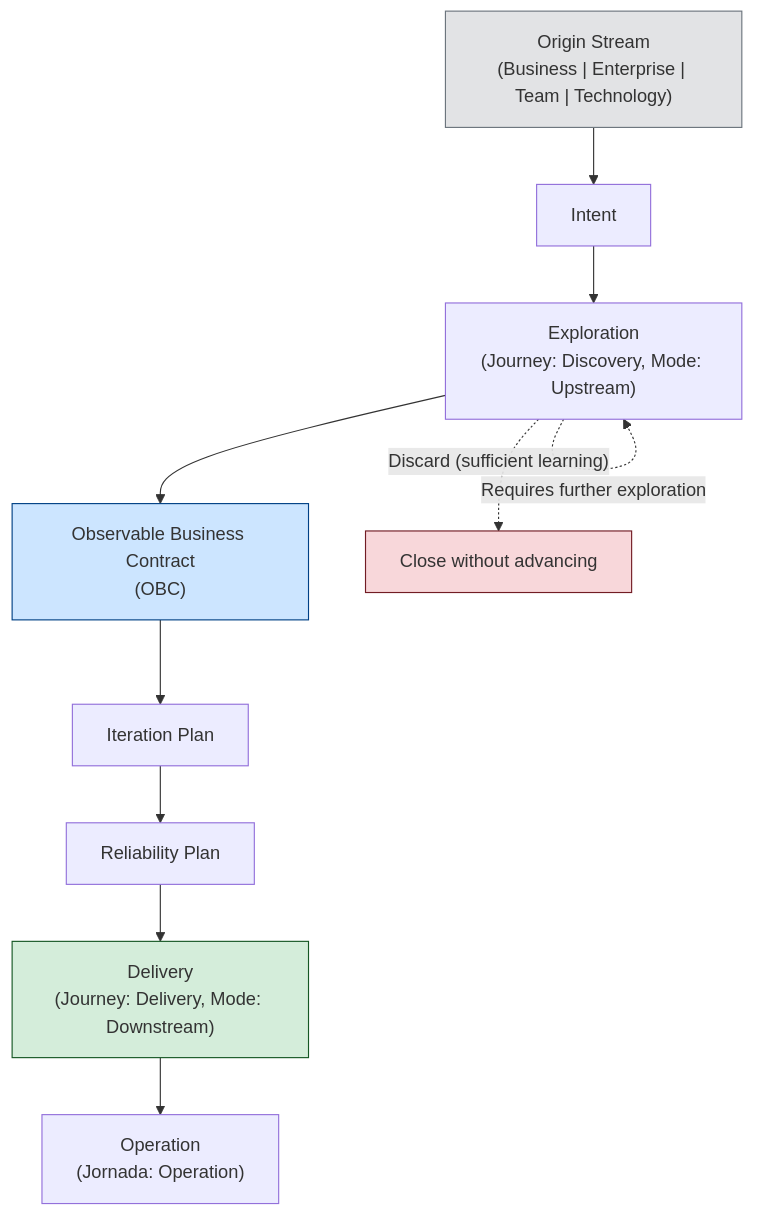
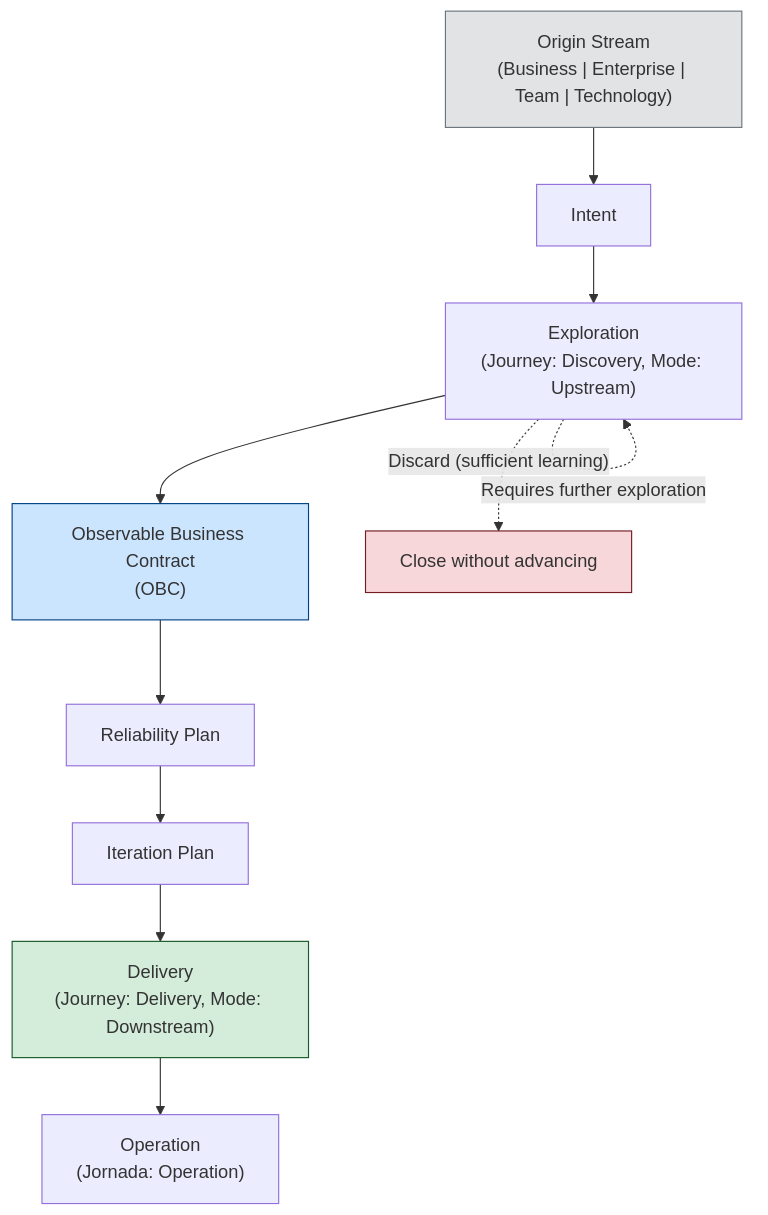
One commit to produtoreativo/payments-api changed the diagram in prodops/framework/flow.en.md. Above: the diagram before and after it, drawn with Mermaid. The commit also changed other lines of this file and 10 other files, not shown here.

````diff
--- a/prodops/framework/flow.en.md
+++ b/prodops/framework/flow.en.md
@@ -19,27 +19,27 @@
 ```mermaid
 flowchart TD
     OS["Origin Stream\n(Business | Enterprise | Team | Technology)"]
     I["Intent"]
     EX["Exploration\n(Journey: Discovery, Mode: Upstream)"]
     OBC["Observable Business Contract\n(OBC)"]
     IP["Iteration Plan"]
     RP["Reliability Plan"]
     D["Delivery\n(Journey: Delivery, Mode: Downstream)"]
     OP["Operation\n(Jornada: Operation)"]
 
     OS --> I
     I --> EX
     EX --> OBC
-    OBC --> IP
-    IP --> RP
-    RP --> D
+    OBC --> RP
+    RP --> IP
+    IP --> D
     D --> OP
 
     EX -.->|"Discard (sufficient learning)"| X[Close without advancing]
     EX -.->|"Requires further exploration"| EX
 
     style OS fill:#e2e3e5,stroke:#6c757d
     style OBC fill:#cce5ff,stroke:#004085
     style D fill:#d4edda,stroke:#155724
     style X fill:#f8d7da,stroke:#721c24
 ```
````
